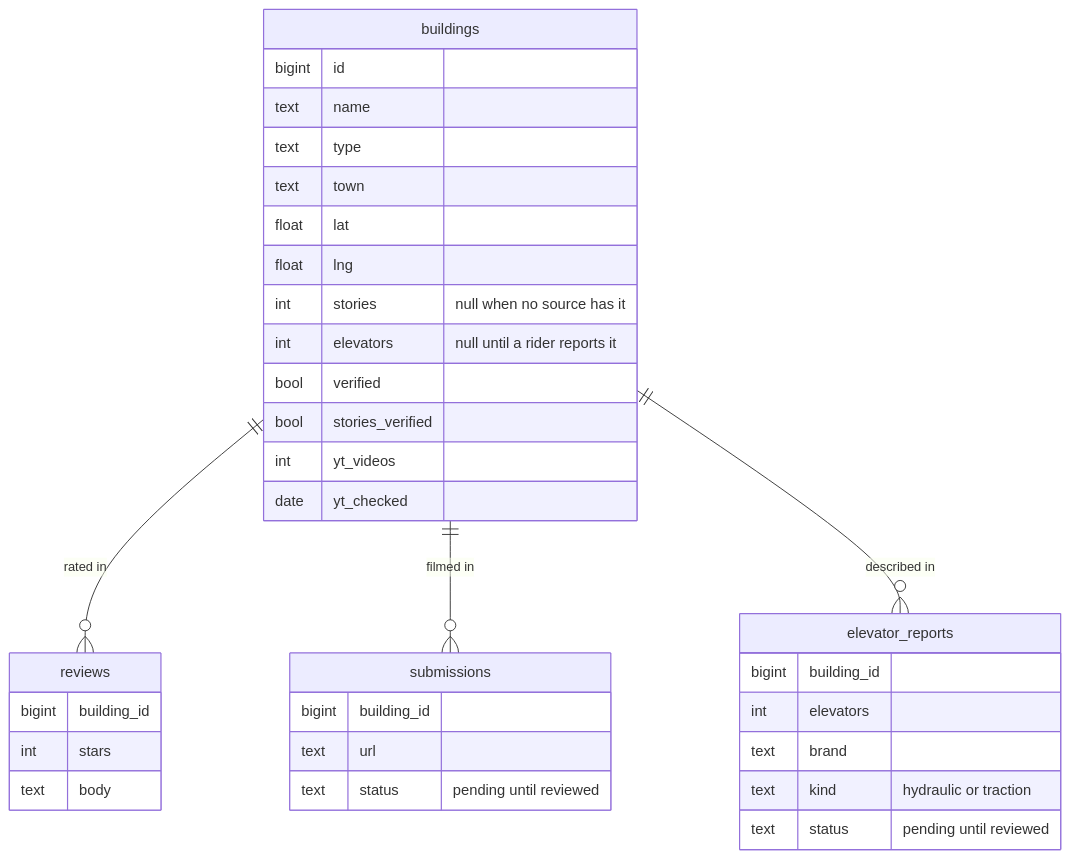
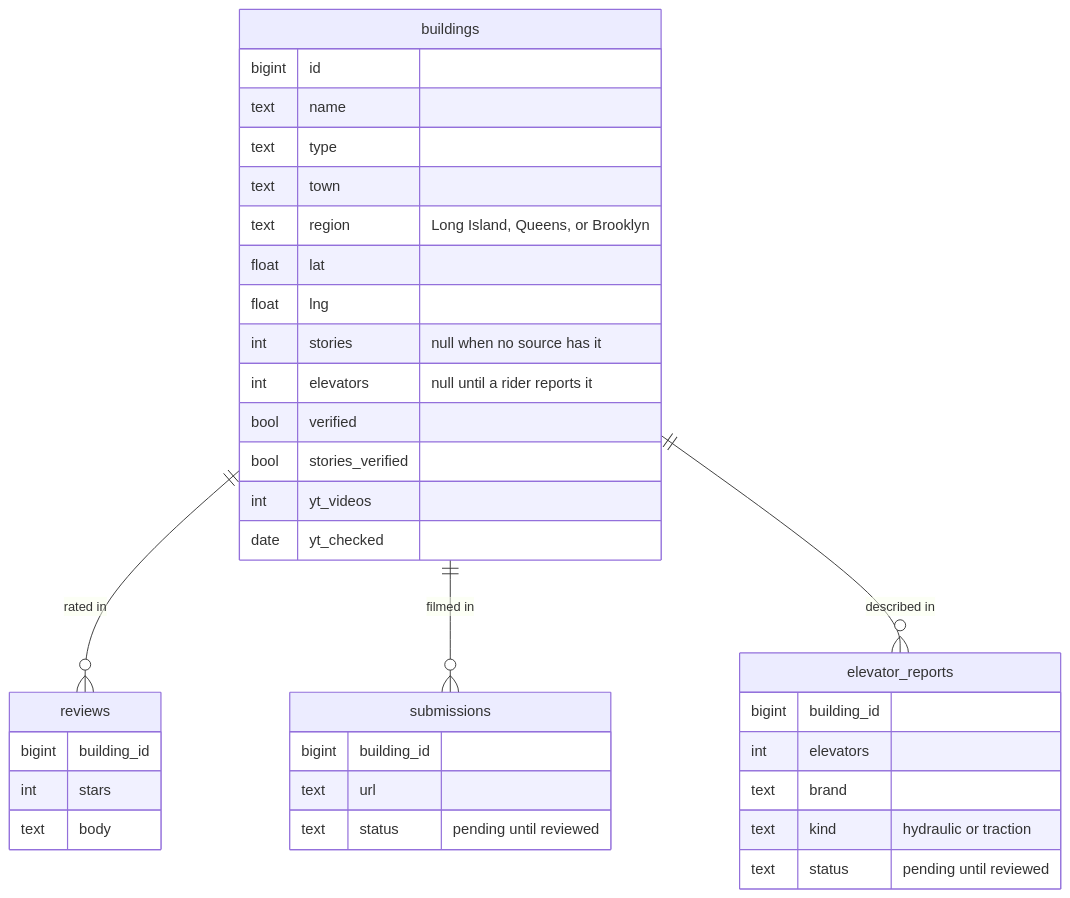
The second of 4 diagrams in README.md (selinmutlu06/LiftSpot), drawn with Mermaid before and after one commit. The commit also changed other lines of this file and 1 other file, not shown here.

````diff
--- a/README.md
+++ b/README.md
@@ -74,44 +74,45 @@
 ```mermaid
 ---
 config:
   fontFamily: "-apple-system, BlinkMacSystemFont, Segoe UI, Noto Sans, Helvetica, Arial, sans-serif"
   themeVariables:
     fontFamily: "-apple-system, BlinkMacSystemFont, Segoe UI, Noto Sans, Helvetica, Arial, sans-serif"
 ---
 erDiagram
     buildings ||--o{ reviews : "rated in"
     buildings ||--o{ submissions : "filmed in"
     buildings ||--o{ elevator_reports : "described in"
 
     buildings {
         bigint id
         text name
         text type
         text town
+        text region "Long Island, Queens, or Brooklyn"
         float lat
         float lng
         int stories "null when no source has it"
         int elevators "null until a rider reports it"
         bool verified
         bool stories_verified
         int yt_videos
         date yt_checked
     }
     reviews {
         bigint building_id
         int stars
         text body
     }
     submissions {
         bigint building_id
         text url
         text status "pending until reviewed"
     }
     elevator_reports {
         bigint building_id
         int elevators
         text brand
         text kind "hydraulic or traction"
         text status "pending until reviewed"
     }
 ```
````
